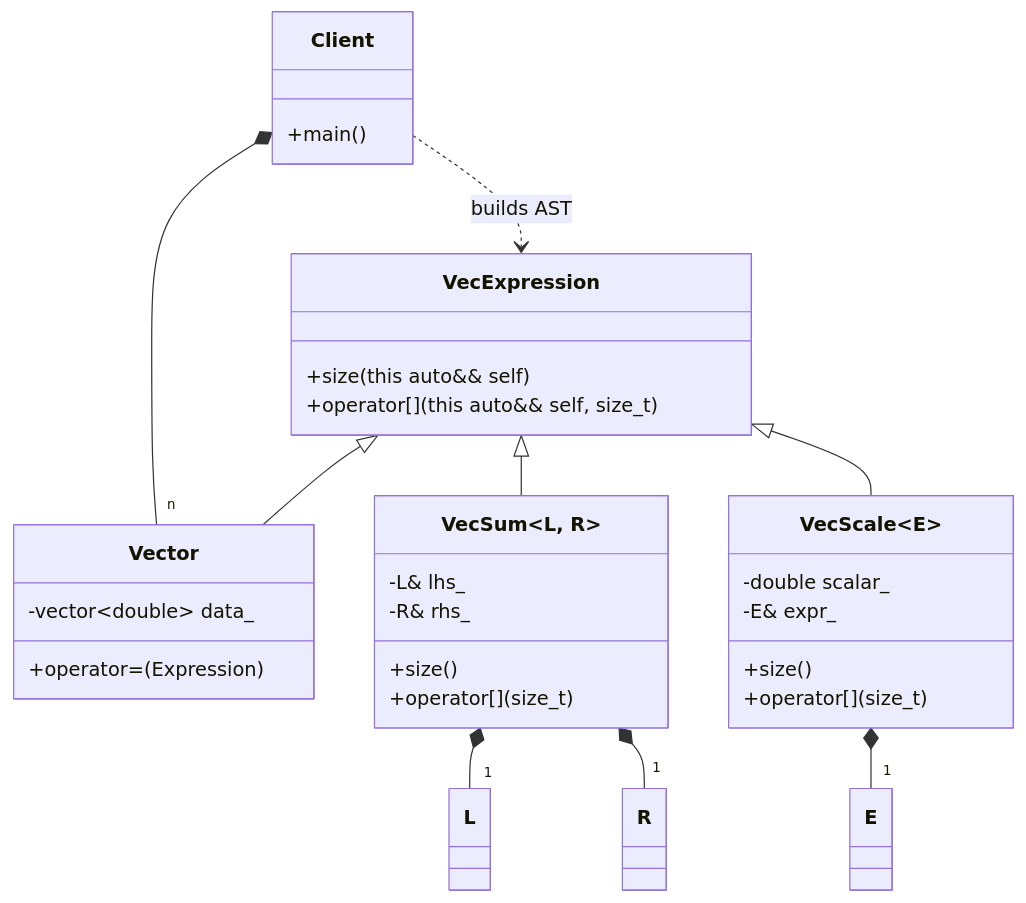
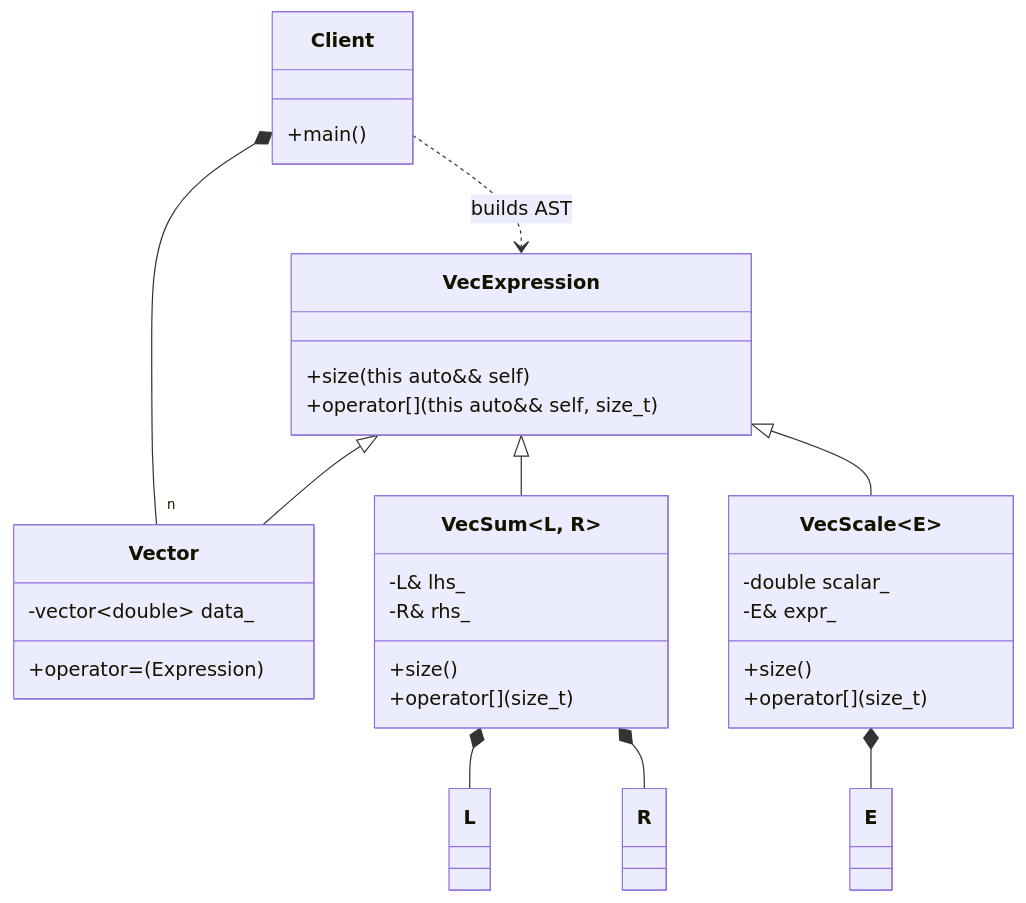
One commit to MarioGalindoQ/Modern-CPP-Design-Patterns changed the diagram in 38_ExpressionTemplates/03_Expressions_Deducing_This/diagram.md. Above: the diagram before and after it, drawn with Mermaid. The commit also changed 1 other file, not shown here.

Commit message:
Add 38_ExpressionTemplates Pattern

````diff
--- a/38_ExpressionTemplates/03_Expressions_Deducing_This/diagram.md
+++ b/38_ExpressionTemplates/03_Expressions_Deducing_This/diagram.md
@@ -3,44 +3,44 @@
 ```mermaid
 classDiagram
    class VecExpression {
       +size(this auto&& self)
       +operator[](this auto&& self, size_t)
    }
 
    class Vector {
       -vector~double~ data_
       +operator=(Expression)
    }
 
    class VecSum~L, R~ {
       -L& lhs_
       -R& rhs_
       +size()
       +operator[](size_t)
    }
 
    class VecScale~E~ {
       -double scalar_
       -E& expr_
       +size()
       +operator[](size_t)
    }
 
    class Client {
       +main()
    }
 
    %% Standard Inheritance (No longer a template base)
    VecExpression <|-- Vector
    VecExpression <|-- VecSum~L, R~
    VecExpression <|-- VecScale~E~
 
    %% Composition of the AST
-   VecSum *-- "1" L
-   VecSum *-- "1" R
-   VecScale *-- "1" E
+   VecSum *-- L
+   VecSum *-- R
+   VecScale *-- E
 
    %% Client interaction
    Client *-- "n" Vector
    Client ..> VecExpression : builds AST
 ```
````
